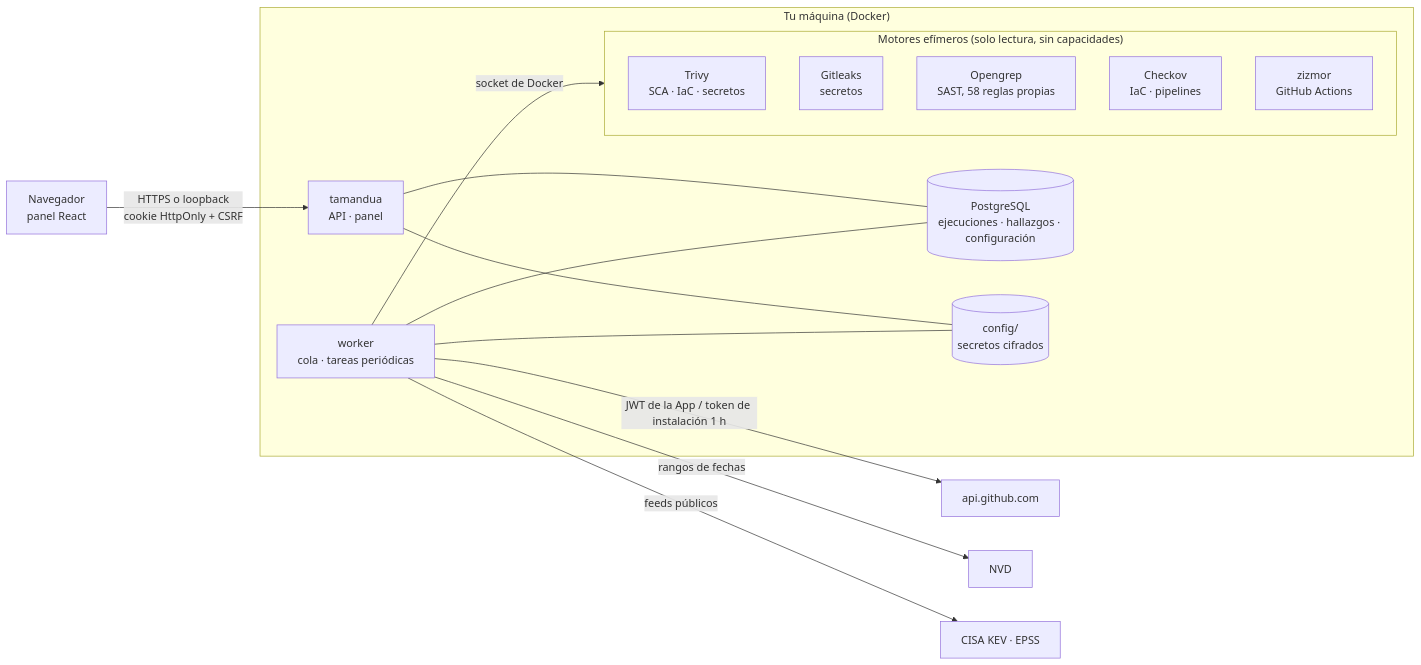
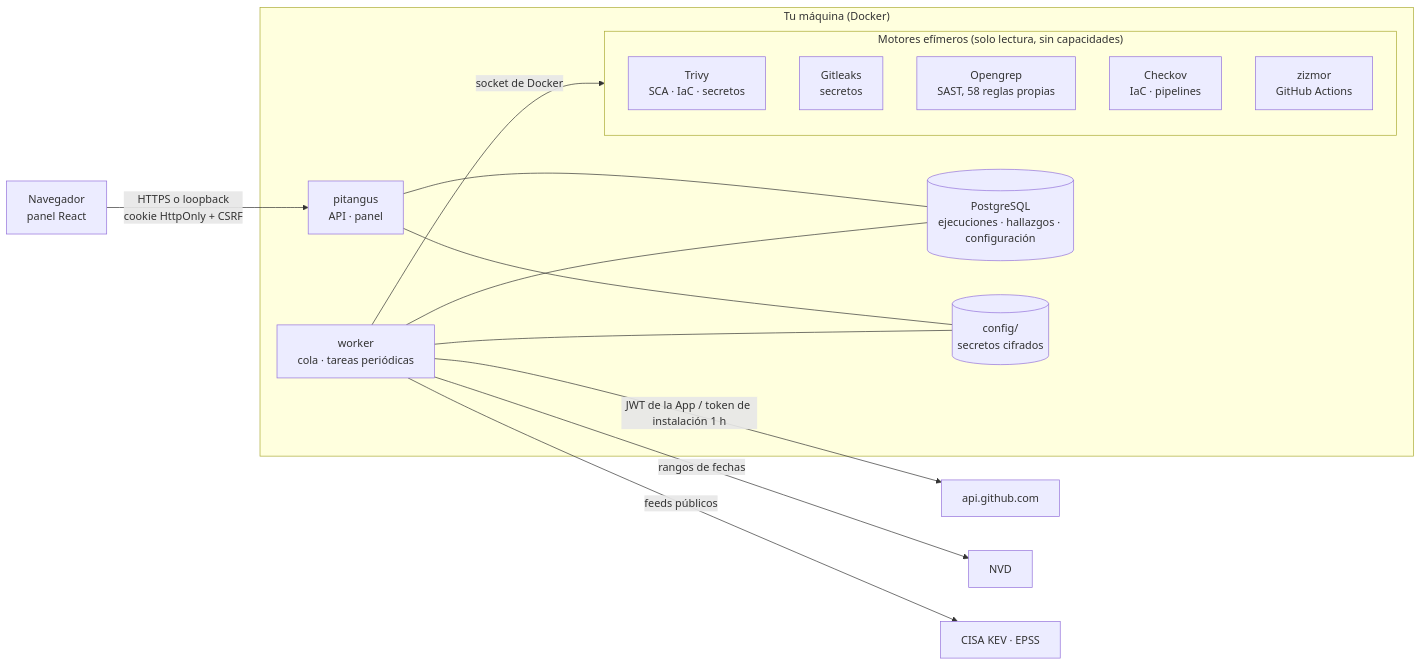
The diagram in docs/es/arquitectura.md (Pitangus-Dev/pitangus), drawn with Mermaid before and after one commit. The commit also changed other lines of this file and 569 other files, not shown here.

First line of the commit message:
Tamandua pasa a llamarse Pitangus (v0.12) (#18)

````diff
--- a/docs/es/arquitectura.md
+++ b/docs/es/arquitectura.md
@@ -10,27 +10,27 @@
 ```mermaid
 flowchart LR
   browser["Navegador<br/>panel React"] -- "HTTPS o loopback<br/>cookie HttpOnly + CSRF" --> api
 
   subgraph host["Tu máquina (Docker)"]
-    api["tamandua<br/>API · panel"]
+    api["pitangus<br/>API · panel"]
     worker["worker<br/>cola · tareas periódicas"]
     db[("PostgreSQL<br/>ejecuciones · hallazgos · configuración")]
     api --- db
     worker --- db
     worker -- "socket de Docker" --> engines
     subgraph engines["Motores efímeros (solo lectura, sin capacidades)"]
       trivy["Trivy<br/>SCA · IaC · secretos"]
       gitleaks["Gitleaks<br/>secretos"]
       opengrep["Opengrep<br/>SAST, 58 reglas propias"]
       checkov["Checkov<br/>IaC · pipelines"]
       zizmor["zizmor<br/>GitHub Actions"]
     end
     config[("config/<br/>secretos cifrados")]
     api --- config
     worker --- config
   end
 
   worker -- "JWT de la App / token de instalación 1 h" --> github["api.github.com"]
   worker -- "rangos de fechas" --> nvd["NVD"]
   worker -- "feeds públicos" --> feeds["CISA KEV · EPSS"]
 ```
````
